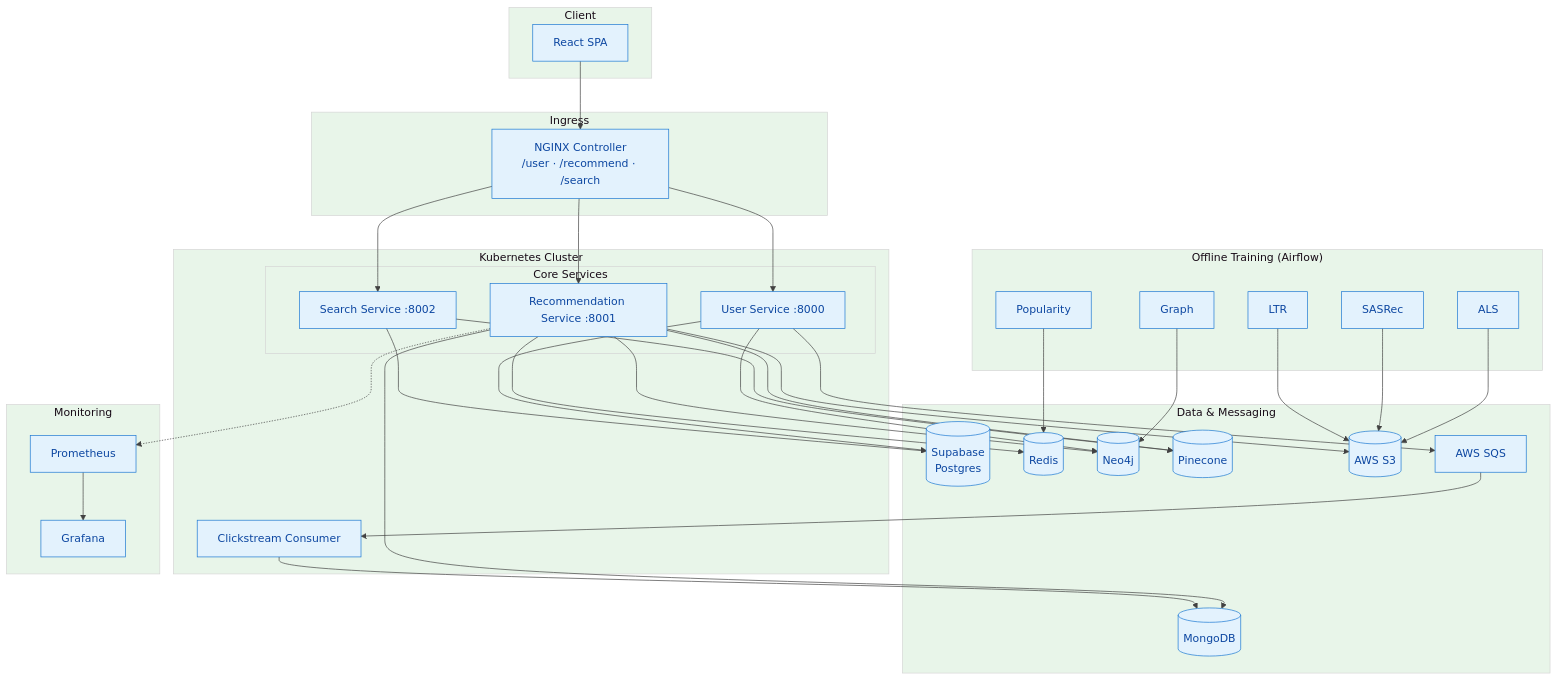
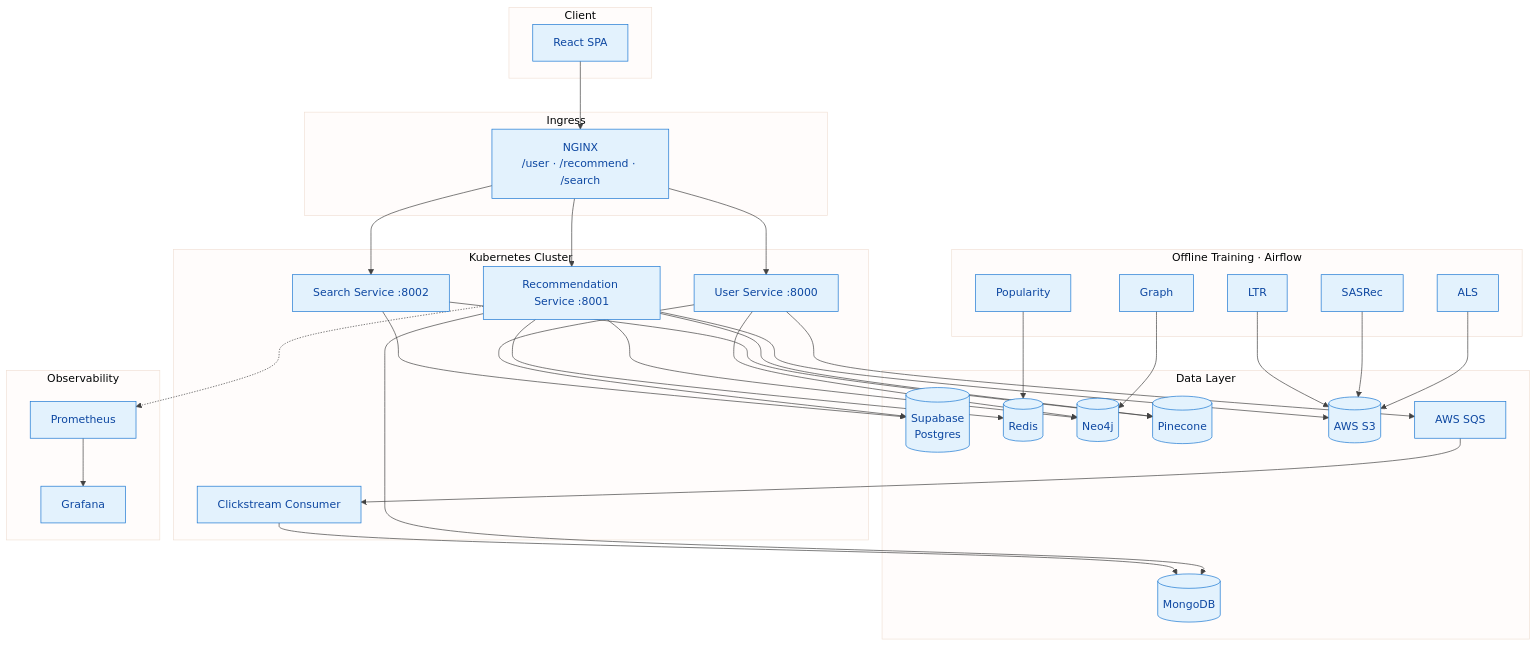
Before and after one commit to RAAHUL-tech/BibliophileAI: the first of 2 diagrams in README.md, drawn with Mermaid. The commit also changed other lines of this file and 1 other file, not shown here.

````diff
--- a/README.md
+++ b/README.md
@@ -46,54 +51,46 @@
 ```mermaid
-%%{init: {'theme':'base', 'themeVariables': { 'primaryColor':'#E3F2FD', 'primaryTextColor':'#0D47A1', 'primaryBorderColor':'#1976D2', 'lineColor':'#424242', 'secondaryColor':'#F3E5F5', 'tertiaryColor':'#E8F5E9' }}}%%
+%%{init: {'theme':'base', 'themeVariables': { 'primaryColor':'#E3F2FD', 'primaryTextColor':'#0D47A1', 'primaryBorderColor':'#1976D2', 'lineColor':'#424242'}}}%%
 flowchart TB
-    subgraph Client["Client"]
+    subgraph Client
         SPA["React SPA"]
     end
-
-    subgraph Ingress["Ingress"]
-        NGINX["NGINX Controller\n/user · /recommend · /search"]
+    subgraph Ingress
+        NGINX["NGINX\n/user · /recommend · /search"]
     end
-
     subgraph K8s["Kubernetes Cluster"]
-        subgraph Services["Core Services"]
-            US["User Service :8000"]
-            RS["Recommendation Service :8001"]
-            SS["Search Service :8002"]
-        end
+        US["User Service :8000"]
+        RS["Recommendation Service :8001"]
+        SS["Search Service :8002"]
         CC["Clickstream Consumer"]
     end
-
-    subgraph Data["Data & Messaging"]
-        Supabase[("Supabase\nPostgres")]
-        Redis[("Redis")]
-        Neo4j[("Neo4j")]
-        Pinecone[("Pinecone")]
-        MongoDB[("MongoDB")]
+    subgraph Data["Data Layer"]
+        PG[("Supabase\nPostgres")]
+        RD[("Redis")]
+        N4J[("Neo4j")]
+        PC[("Pinecone")]
+        MG[("MongoDB")]
         S3[("AWS S3")]
         SQS["AWS SQS"]
     end
-
-    subgraph Training["Offline Training (Airflow)"]
-        ALS["ALS"]
-        Graph["Graph"]
+    subgraph Training["Offline Training · Airflow"]
+        ALS["ALS"] 
+        GR["Graph"]
+        SR["SASRec"]
+        POP["Popularity"]
         LTR["LTR"]
-        Pop["Popularity"]
-        SasRec["SASRec"]
+    end
+    subgraph Monitor["Observability"]
+        Prom["Prometheus"]
+        Graf["Grafana"]
     end
 
-    subgraph Monitor["Monitoring"]
-        Prom["Prometheus"]
-        Grafana["Grafana"]
-    end
-
-    SPA --> NGINX
-    NGINX --> US & RS & SS
-    US --> Supabase & Neo4j & SQS
-    RS --> Redis & Neo4j & Pinecone & MongoDB & S3
-    SS --> Pinecone & Supabase
-    SQS --> CC --> MongoDB
-    ALS & SasRec & LTR --> S3
-    Graph --> Neo4j
-    Pop --> Redis
-    RS -.-> Prom --> Grafana
+    SPA --> NGINX --> US & RS & SS
+    US --> PG & N4J & SQS
+    RS --> RD & N4J & PC & MG & S3
+    SS --> PC & PG
+    SQS --> CC --> MG
+    ALS & SR & LTR --> S3
+    GR --> N4J
+    POP --> RD
+    RS -.-> Prom --> Graf
 ```
````
